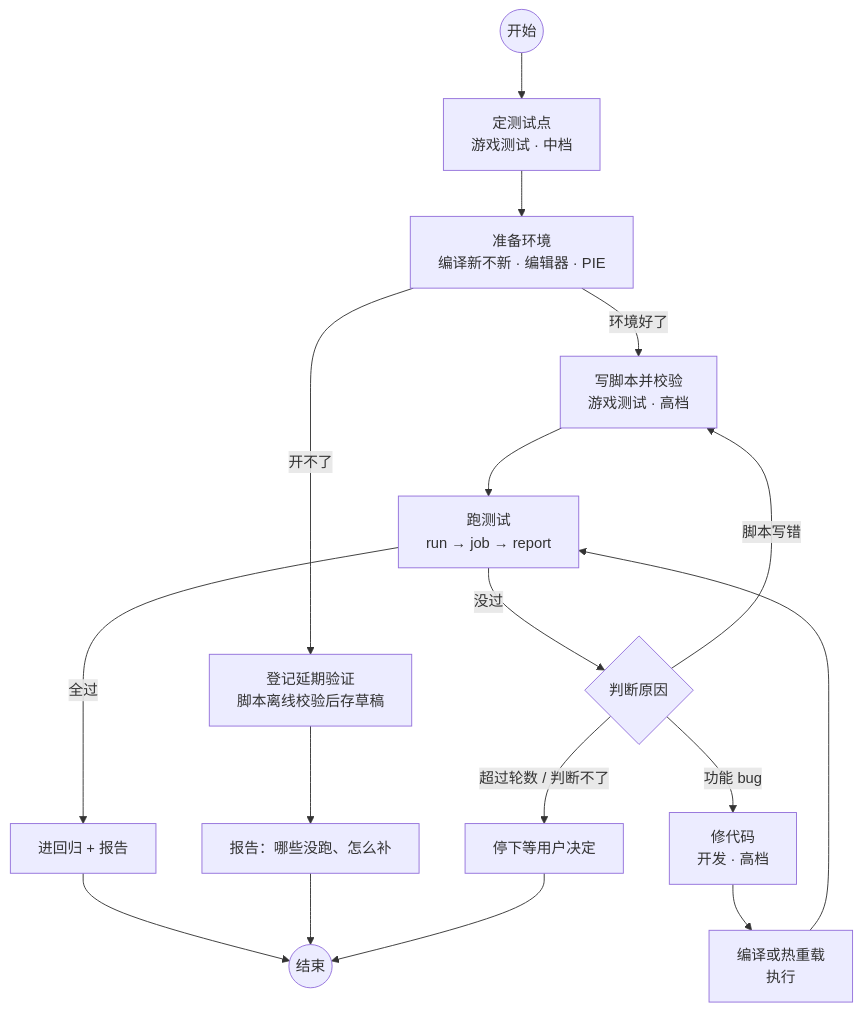
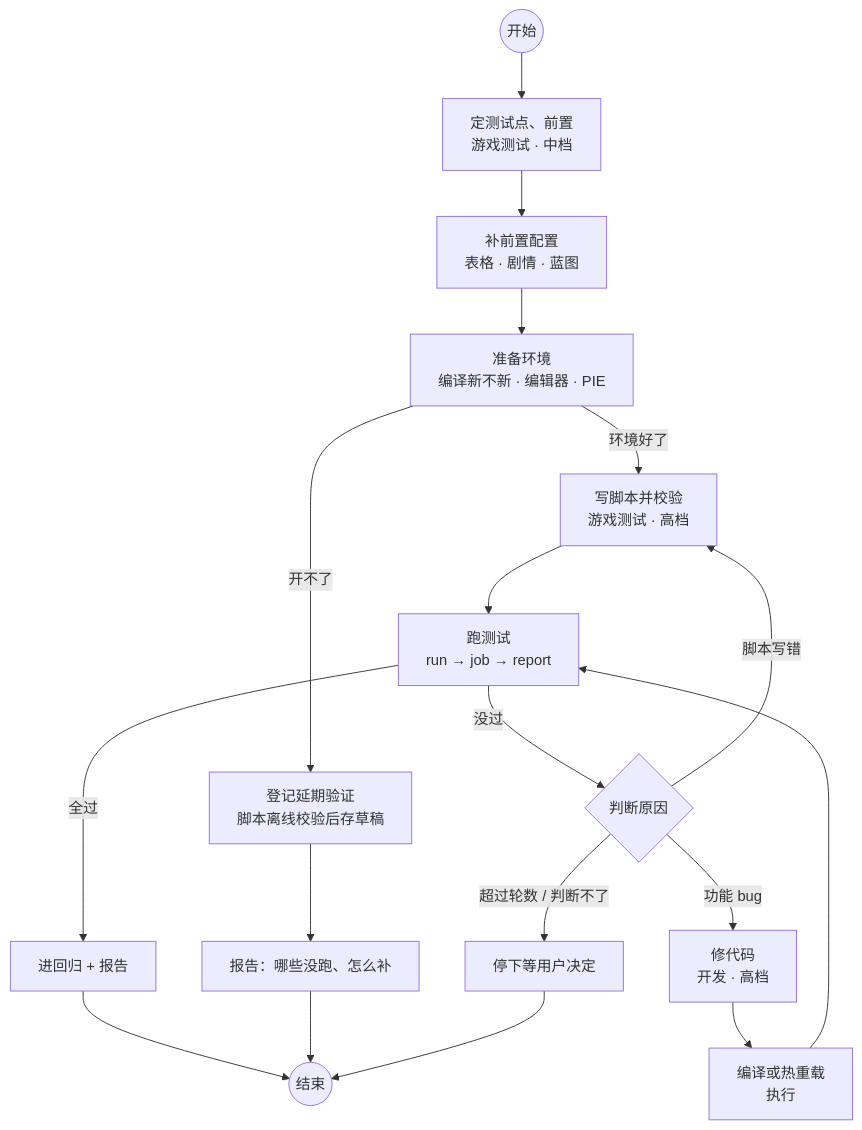
Before and after one commit to fixcode-h/agent-plugins: the first of 4 diagrams in ue/docs/agent-self-test-design.md, drawn with Mermaid. The commit also changed other lines of this file and 7 other files, not shown here.

````diff
--- a/ue/docs/agent-self-test-design.md
+++ b/ue/docs/agent-self-test-design.md
@@ -159,19 +160,20 @@
 ```mermaid
 flowchart TD
-  start((开始)) --> scope[定测试点<br/>游戏测试 · 中档]
-  scope --> env[准备环境<br/>编译新不新 · 编辑器 · PIE]
+  start((开始)) --> scope[定测试点、前置<br/>游戏测试 · 中档]
+  scope --> prep[补前置配置<br/>表格 · 剧情 · 蓝图]
+  prep --> env[准备环境<br/>编译新不新 · 编辑器 · PIE]
   env -- 环境好了 --> write[写脚本并校验<br/>游戏测试 · 高档]
   env -- 开不了 --> defer[登记延期验证<br/>脚本离线校验后存草稿]
   write --> run[跑测试<br/>run → job → report]
   run -- 全过 --> reg[进回归 + 报告]
   run -- 没过 --> judge{判断原因}
   judge -- 脚本写错 --> write
   judge -- 功能 bug --> fix[修代码<br/>开发 · 高档]
   fix --> rebuild[编译或热重载<br/>执行]
   rebuild --> run
   judge -- 超过轮数 / 判断不了 --> ask[停下等用户决定]
   defer --> report2[报告：哪些没跑、怎么补]
   reg --> e((结束))
   report2 --> e
   ask --> e
 ```
````
